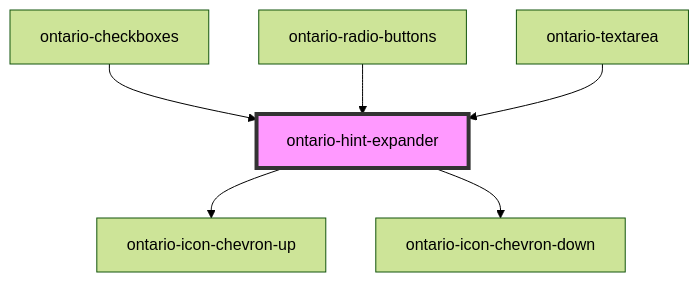
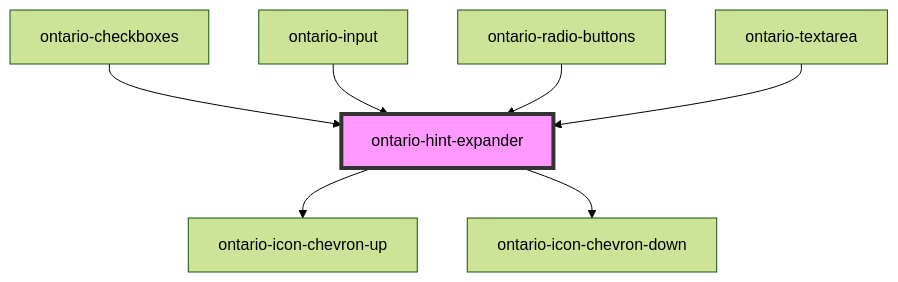
One commit to ongov/ontario-design-system changed the diagram in packages/ontario-design-system-component-library/src/components/ontario-hint-expander/readme.md. Above: the diagram before and after it, drawn with Mermaid (forest theme). The commit also changed other lines of this file and 5 other files, not shown here.

````diff
--- a/packages/ontario-design-system-component-library/src/components/ontario-hint-expander/readme.md
+++ b/packages/ontario-design-system-component-library/src/components/ontario-hint-expander/readme.md
@@ -84,9 +85,10 @@
 ```mermaid
 graph TD;
   ontario-hint-expander --> ontario-icon-chevron-up
   ontario-hint-expander --> ontario-icon-chevron-down
   ontario-checkboxes --> ontario-hint-expander
+  ontario-input --> ontario-hint-expander
   ontario-radio-buttons --> ontario-hint-expander
   ontario-textarea --> ontario-hint-expander
   style ontario-hint-expander fill:#f9f,stroke:#333,stroke-width:4px
 ```
````
